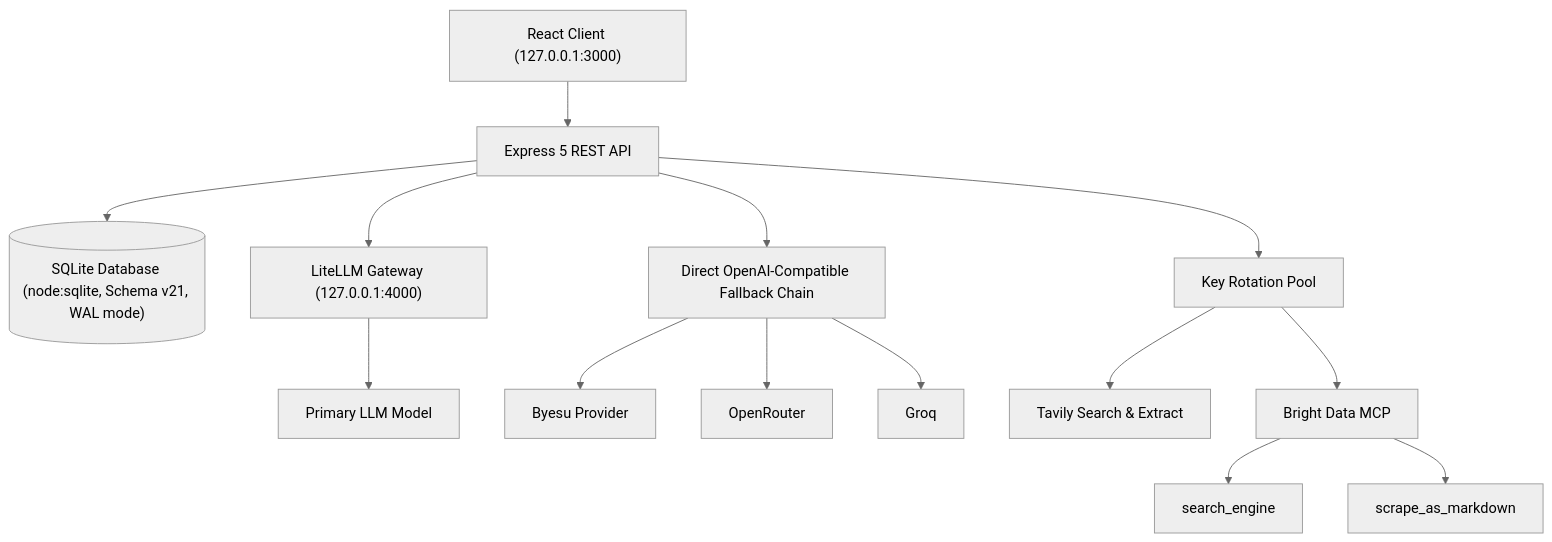
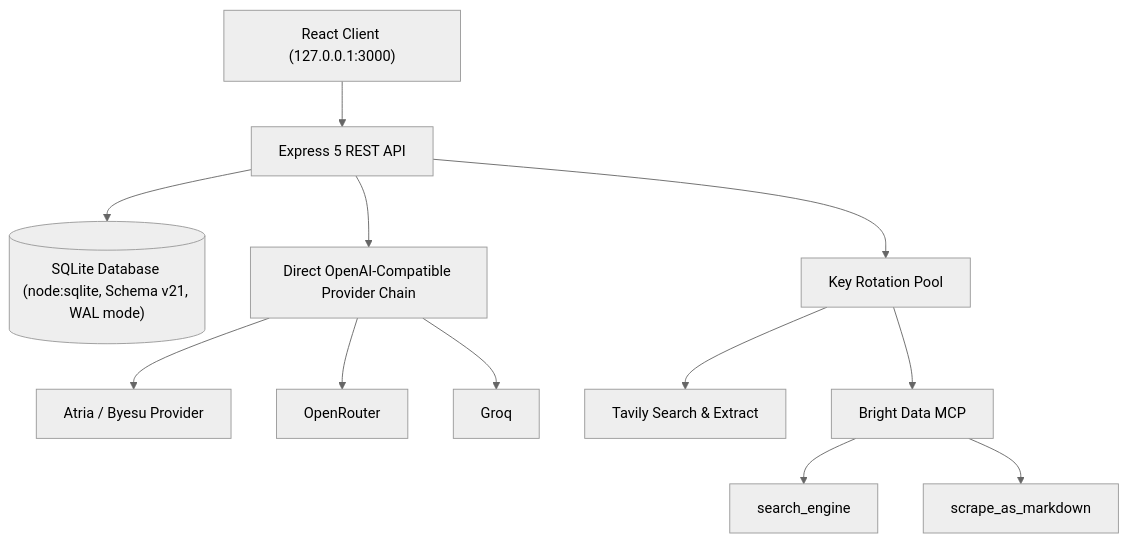
The second of 2 diagrams in README.md (AliasHolmes/Apex-CRM), drawn with Mermaid (neutral theme) before and after one commit. The commit also changed other lines of this file and 26 other files, not shown here.

First line of the commit message:
feat: remove LiteLLM, promote Atria, and remediate audit findings

````diff
--- a/README.md
+++ b/README.md
@@ -143,18 +143,16 @@
 ```mermaid
 graph TD
     UI["React Client (127.0.0.1:3000)"] --> API["Express 5 REST API"]
     API --> DB[("SQLite Database (node:sqlite, Schema v21, WAL mode)")]
 
-    API --> Gateway["LiteLLM Gateway (127.0.0.1:4000)"]
-    API --> Direct["Direct OpenAI-Compatible Fallback Chain"]
-    Gateway --> Primary["Primary LLM Model"]
-    Direct --> Byesu["Byesu Provider"]
+    API --> Direct["Direct OpenAI-Compatible Provider Chain"]
+    Direct --> Primary["Atria / Byesu Provider"]
     Direct --> OpenRouter["OpenRouter"]
     Direct --> Groq["Groq"]
 
     API --> KeyRotator["Key Rotation Pool"]
     KeyRotator --> Tavily["Tavily Search & Extract"]
     KeyRotator --> MCP["Bright Data MCP"]
     MCP --> BDSearch["search_engine"]
     MCP --> BDScrape["scrape_as_markdown"]
 ```
````
